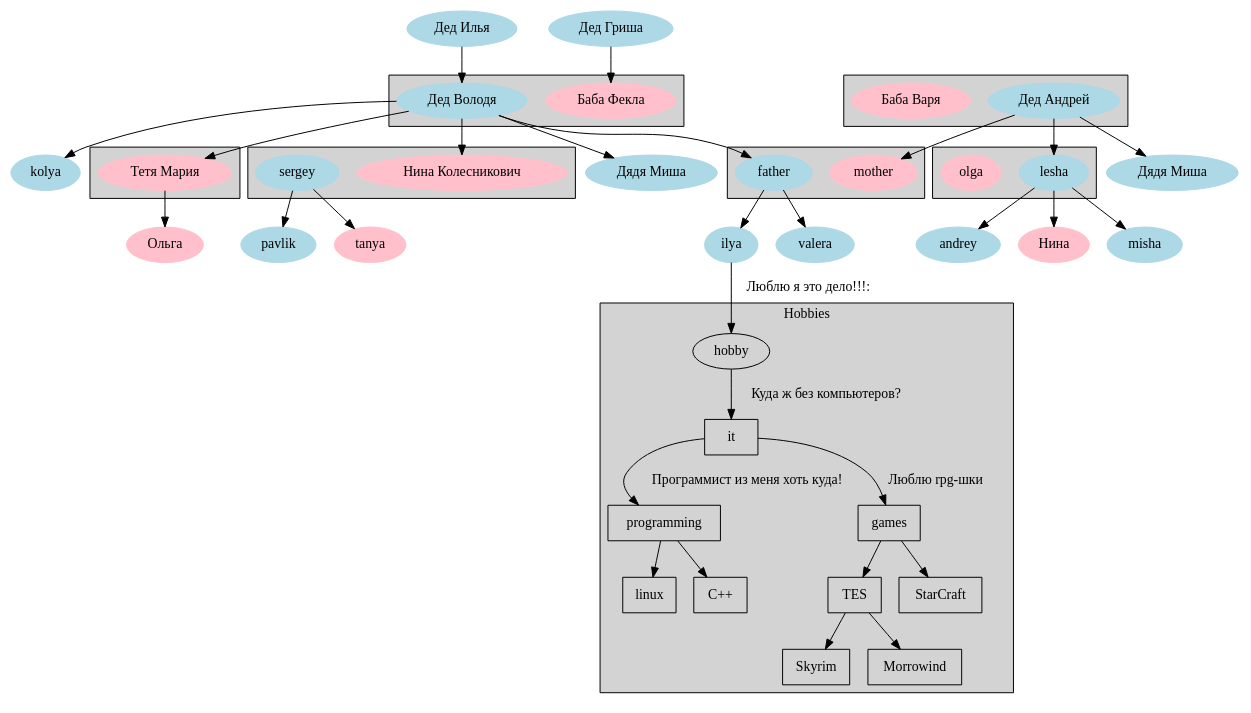
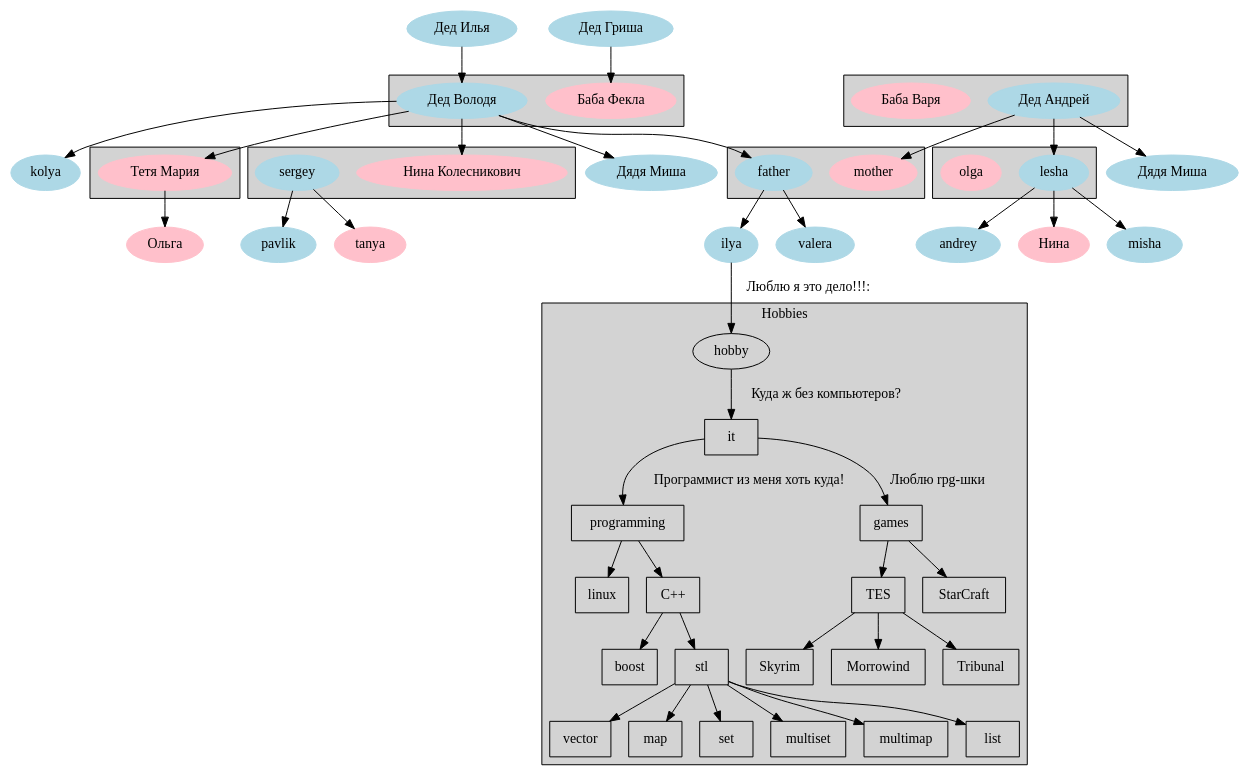
One commit to dima9891/modules-graphs changed the diagram in new-module.gv. Above: the diagram before and after it, drawn with Graphviz. The commit also changed 2 other files, not shown here.

```diff
--- a/new-module.gv
+++ b/new-module.gv
@@ -1,78 +1,82 @@
 digraph famely {
     //я создал коммент
 
     style=filled
     node [style=filled; shape=oval]
 
     i[label="ilya"; color=lightblue]
     v[label="valera"; color=lightblue]
     i -> hobby [label="Люблю я это дело!!!:"]
 
     subgraph cluster_0 {
         style=filled
         m[label="mother"; color=pink; wight=1]
         f[label="father"; color=lightblue; weight=1]
     }
 
     f -> { i v }
     ded_i[label="Дед Илья"; color=lightblue;]
     ded_g[label="Дед Гриша"; color=lightblue;]
 
     subgraph cluster_1 {
         ded_v[label="Дед Володя"; color=lightblue;]
         bab_f[label="Баба Фекла"; color=pink;]
     }
 
     ded_i -> ded_v
     ded_g -> bab_f
     ded_v -> { f nina1 misha1 kolya[color=lightblue] mariya }
     misha1[label="Дядя Миша"; color=lightblue;]
 
     subgraph cluster_2 {
         mariya[label="Тетя Мария"; color=pink]
     }
 
     mariya -> o
     o[label="Ольга"; color=pink;]
 
     subgraph cluster_3 {
         sergey[color=lightblue]
         nina1[label="Нина Колесникович"; color=pink;]
     }
 
     sergey -> { pavlik[color=lightblue] tanya[color=pink;]}
 
     subgraph cluster_4 {
         ded_a[label="Дед Андрей"; color=lightblue; color=lightblue;]
         bab_v[label="Баба Варя"; color=pink]
     }
 
     ded_a -> { m misha2 lesha }
     misha2[label="Дядя Миша"; color=lightblue;]
 
     subgraph cluster_5 {
         lesha[color=lightblue]
         olga[color=pink]
     }
 
     lesha -> { nina2 misha[color=lightblue] andrey[color=lightblue] }
     nina2[label="Нина"; color=pink;]
 
     subgraph cluster_hobby {
         label=Hobbies
         node [shape=rectangle]
         hobby
         hobby -> it [label="Куда ж без компьютеров?"]
         it -> programming [label="Программист из меня хоть куда!"]
         it -> games [label="Люблю rpg-шки"]
         programming -> linux
         cpp[label="C++"]
+        cpp -> boost
+        cpp -> stl
+        stl -> { vector, map, set, multiset, multimap, list }
         programming -> cpp
         games -> TES
         games -> StarCraft
         TES -> Skyrim
         TES -> Morrowind
+        TES -> Tribunal
     }
 
 
 }
```
